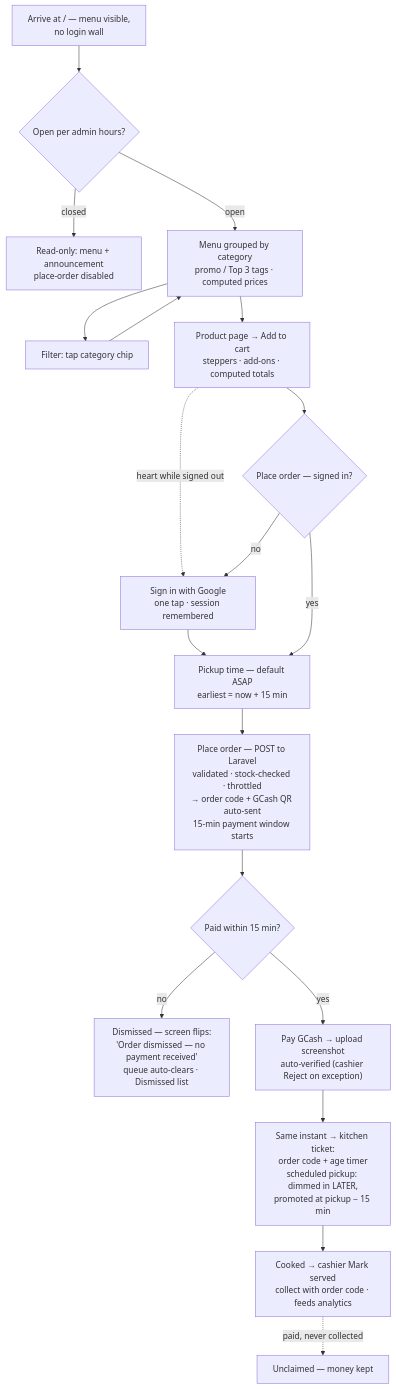
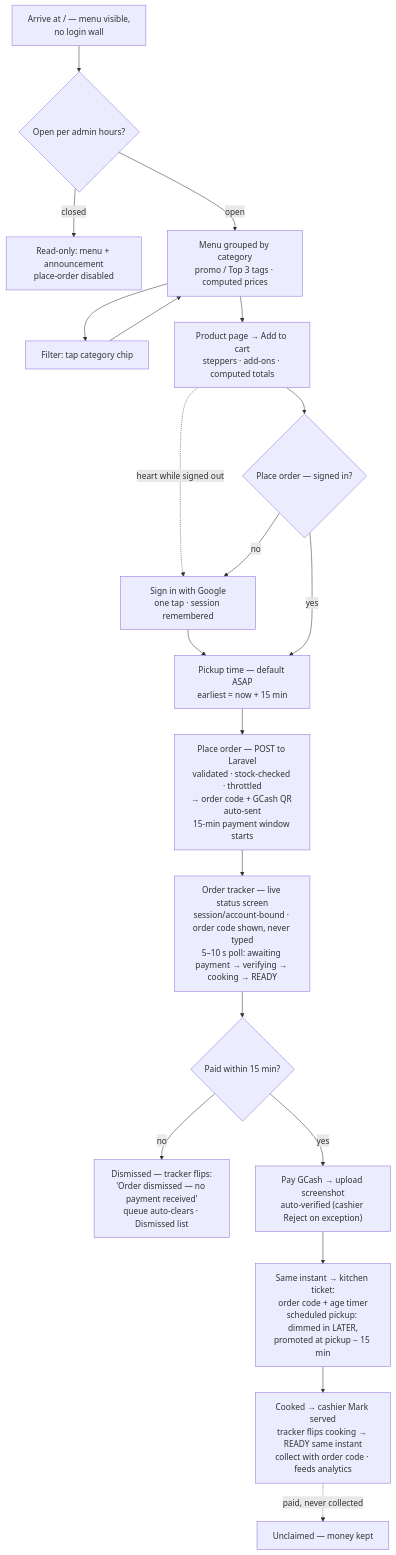
The diagram in docs/flow-charts/customer.md (S1NXIAN/CRNP), drawn with Mermaid before and after one commit. The commit also changed 4 other files, not shown here.

First line of the commit message:
docs: add order tracker, fix issue 001

````diff
--- a/docs/flow-charts/customer.md
+++ b/docs/flow-charts/customer.md
@@ -6,21 +6,22 @@
 ```mermaid
 flowchart TD
     A["Arrive at / — menu visible,<br/>no login wall"] --> B{"Open per admin hours?"}
     B -->|"closed"| C["Read-only: menu + announcement<br/>place-order disabled"]
     B -->|"open"| D["Menu grouped by category<br/>promo / Top 3 tags · computed prices"]
     D --> E["Filter: tap category chip"]
     E --> D
     D --> F["Product page → Add to cart<br/>steppers · add-ons · computed totals"]
     F -.->|"heart while signed out"| G
     F --> H{"Place order — signed in?"}
     H -->|"no"| G["Sign in with Google<br/>one tap · session remembered"]
     G --> I["Pickup time — default ASAP<br/>earliest = now + 15 min"]
     H -->|"yes"| I
     I --> J["Place order — POST to Laravel<br/>validated · stock-checked · throttled<br/>→ order code + GCash QR auto-sent<br/>15-min payment window starts"]
-    J --> K{"Paid within 15 min?"}
-    K -->|"no"| L["Dismissed — screen flips:<br/>'Order dismissed — no payment received'<br/>queue auto-clears · Dismissed list"]
+    J --> T["Order tracker — live status screen<br/>session/account-bound · order code shown, never typed<br/>5–10 s poll: awaiting payment → verifying → cooking → READY"]
+    T --> K{"Paid within 15 min?"}
+    K -->|"no"| L["Dismissed — tracker flips:<br/>'Order dismissed — no payment received'<br/>queue auto-clears · Dismissed list"]
     K -->|"yes"| M["Pay GCash → upload screenshot<br/>auto-verified (cashier Reject on exception)"]
     M --> N["Same instant → kitchen ticket:<br/>order code + age timer<br/>scheduled pickup: dimmed in LATER,<br/>promoted at pickup − 15 min"]
-    N --> O["Cooked → cashier Mark served<br/>collect with order code · feeds analytics"]
+    N --> O["Cooked → cashier Mark served<br/>tracker flips cooking → READY same instant<br/>collect with order code · feeds analytics"]
     O -.->|"paid, never collected"| P["Unclaimed — money kept"]
 ```
````
